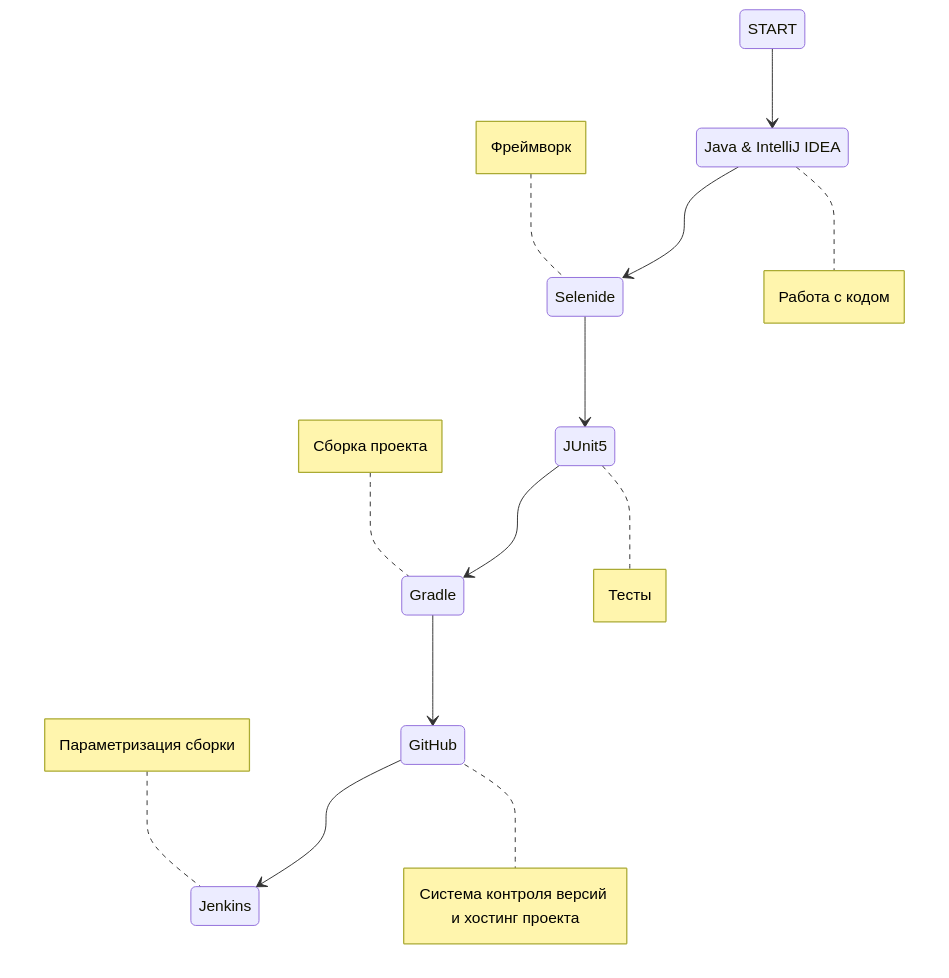
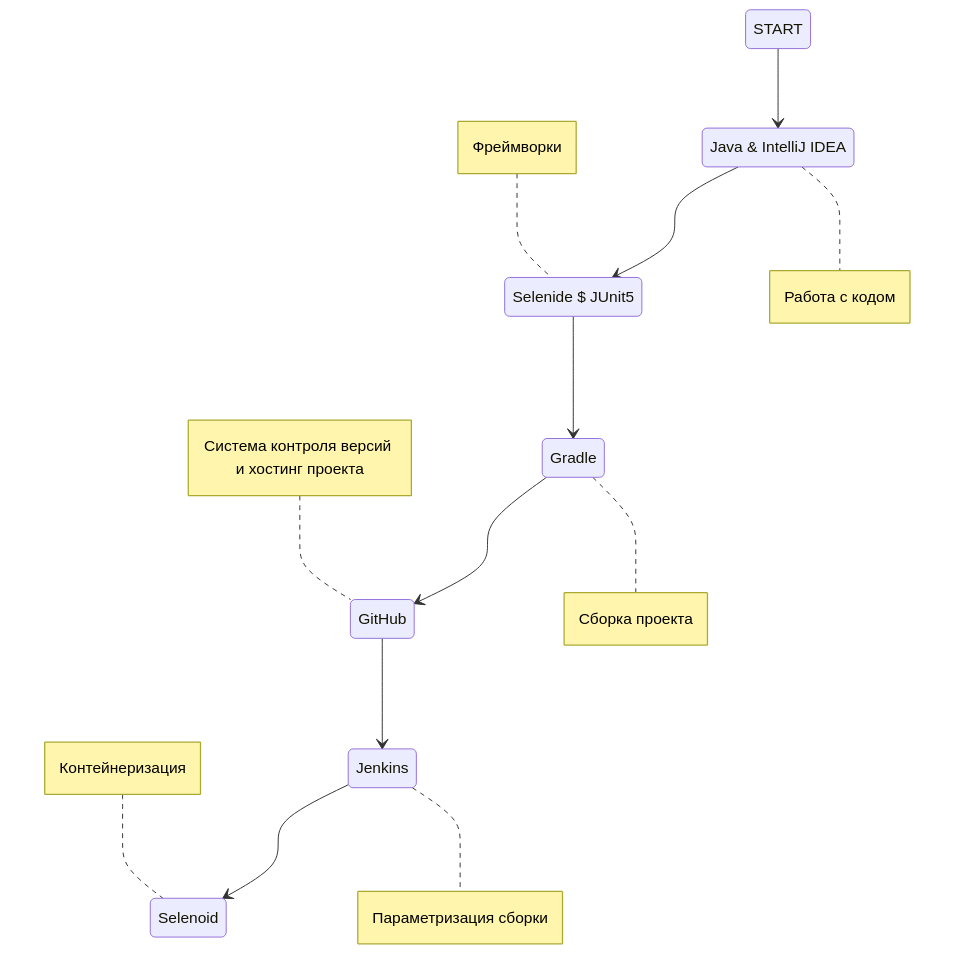
One commit to SergeevSergeiS/Wildberries changed the diagram in README.md. Above: the diagram before and after it, drawn with Mermaid.

Commit message:
README.md created

````diff
--- a/README.md
+++ b/README.md
@@ -1,22 +1,22 @@
 ```mermaid        
     stateDiagram-v2
         State1: START
         State2: Java & IntelliJ IDEA
-        State3: Selenide
-        State4: JUnit5
-        State5: Gradle
-        State6: GitHub
-        State7: Jenkins
+        State3: Selenide $ JUnit5
+        State4: Gradle
+        State5: GitHub
+        State6: Jenkins
+        State7: Selenoid
         State1 --> State2
         State2 --> State3
         State3 --> State4
         State4 --> State5
         State5 --> State6
         State6 --> State7
         note right of State2 : Работа с кодом
-        note left of State3 : Фреймворк
-        note right of State4 : Тесты
-        note left of State5 : Сборка проекта
-        note right of State6 : Система контроля версий и хостинг проекта
-        note left of State7 : Параметризация сборки
+        note left of State3 : Фреймворки
+        note right of State4 : Сборка проекта
+        note left of State5 : Система контроля версий и хостинг проекта
+        note right of State6 : Параметризация сборки
+        note left of State7 : Контейнеризация
 ```
````
